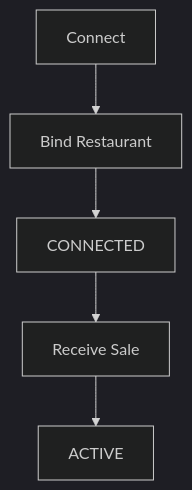
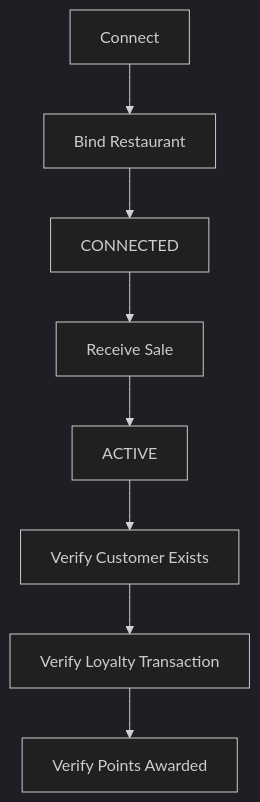
Before and after one commit to krischal07/docs: the diagram in integrations/restrox/PARTNER-HANDOFF.md, drawn with Mermaid (dark theme). The commit also changed other lines of this file and 24 other files, not shown here.

````diff
--- a/integrations/restrox/PARTNER-HANDOFF.md
+++ b/integrations/restrox/PARTNER-HANDOFF.md
@@ -27,7 +27,10 @@
 ```mermaid
 flowchart TD
   A["Connect"] --> B["Bind Restaurant"]
   B --> C["CONNECTED"]
   C --> D["Receive Sale"]
   D --> E["ACTIVE"]
+  E --> F["Verify Customer Exists"]
+  F --> G["Verify Loyalty Transaction"]
+  G --> H["Verify Points Awarded"]
 ```
````
